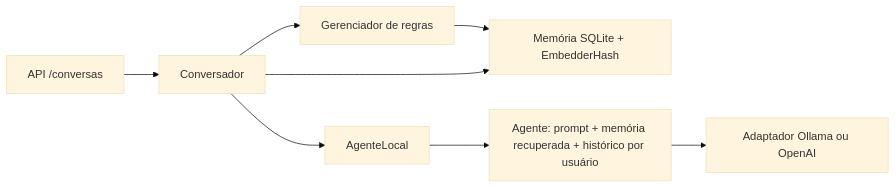
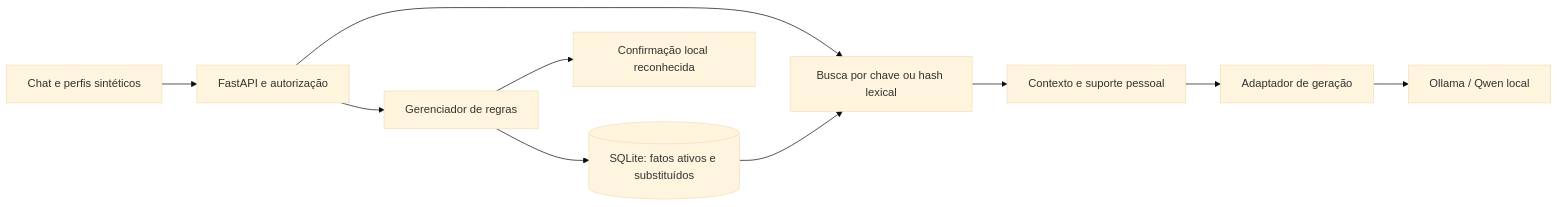
The diagram in docs/decisoes-arquitetura.md (codezeck/cognitive-memory-agents), drawn with Mermaid (base theme) before and after one commit. The commit also changed other lines of this file and 70 other files, not shown here.

````diff
--- a/docs/decisoes-arquitetura.md
+++ b/docs/decisoes-arquitetura.md
@@ -54,10 +5,12 @@
 ```mermaid
 flowchart LR
-    API[API /conversas] --> S[Conversador]
-    S --> G[Gerenciador de regras]
-    G --> M[Memória SQLite + EmbedderHash]
-    S --> M
-    S --> A[AgenteLocal]
-    A --> C[Agente: prompt + memória recuperada + histórico por usuário]
-    C --> L[Adaptador Ollama ou OpenAI]
+    UI[Chat e perfis sintéticos] --> API[FastAPI e autorização]
+    API --> G[Gerenciador de regras]
+    G --> DB[(SQLite: fatos ativos e substituídos)]
+    API --> B[Busca por chave ou hash lexical]
+    DB --> B
+    B --> C[Contexto e suporte pessoal]
+    C --> A[Adaptador de geração]
+    A --> O[Ollama / Qwen local]
+    G --> L[Confirmação local reconhecida]
 ```
````
